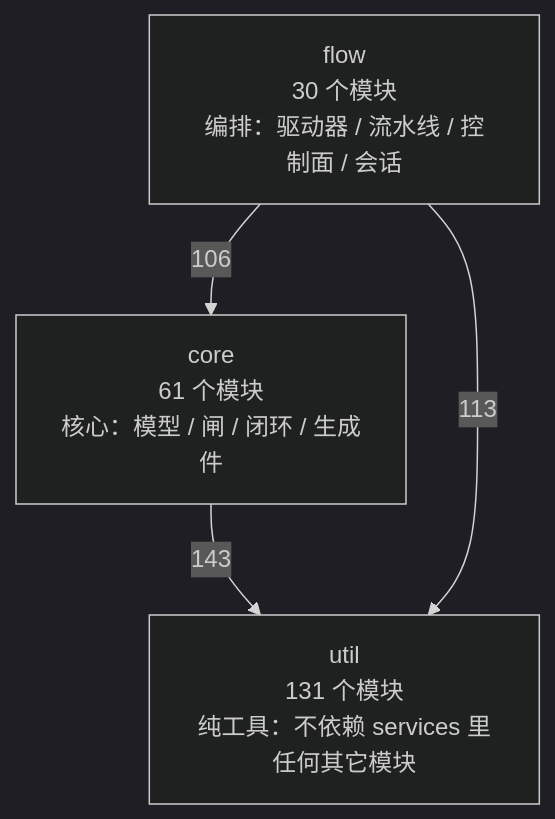
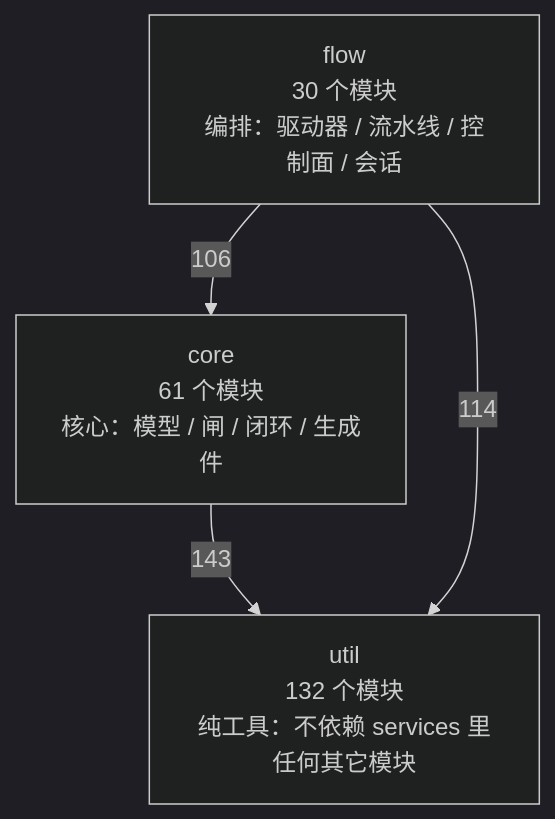
The first of 4 diagrams in docs/SlideRule V6.2 架构图（自动生成）.md (2686521696/WhyBuddy), drawn with Mermaid (dark theme) before and after one commit. The commit also changed other lines of this file and 5 other files, not shown here.

````diff
--- a/docs/SlideRule V6.2 架构图（自动生成）.md
+++ b/docs/SlideRule V6.2 架构图（自动生成）.md
@@ -48,9 +48,9 @@
 ```mermaid
 flowchart TB
-  util["util<br/>131 个模块<br/>纯工具：不依赖 services 里任何其它模块"]
+  util["util<br/>132 个模块<br/>纯工具：不依赖 services 里任何其它模块"]
   core["core<br/>61 个模块<br/>核心：模型 / 闸 / 闭环 / 生成件"]
   flow["flow<br/>30 个模块<br/>编排：驱动器 / 流水线 / 控制面 / 会话"]
   core -->|143| util
   flow -->|106| core
-  flow -->|113| util
+  flow -->|114| util
 ```
````
